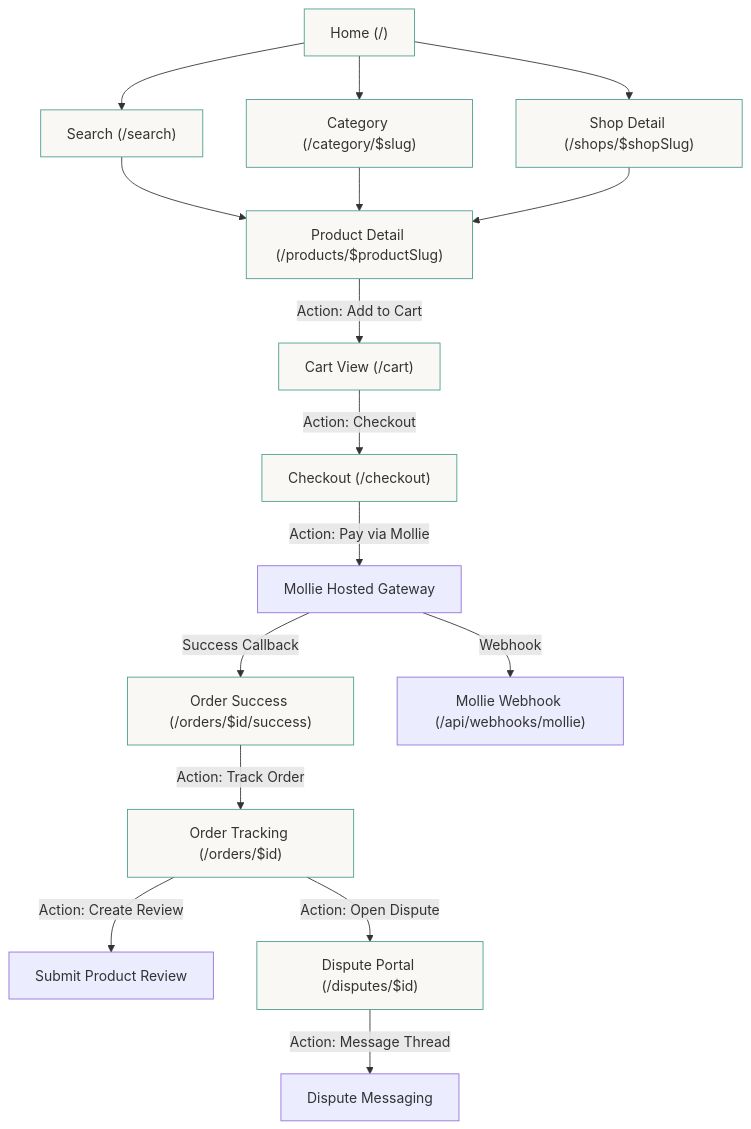
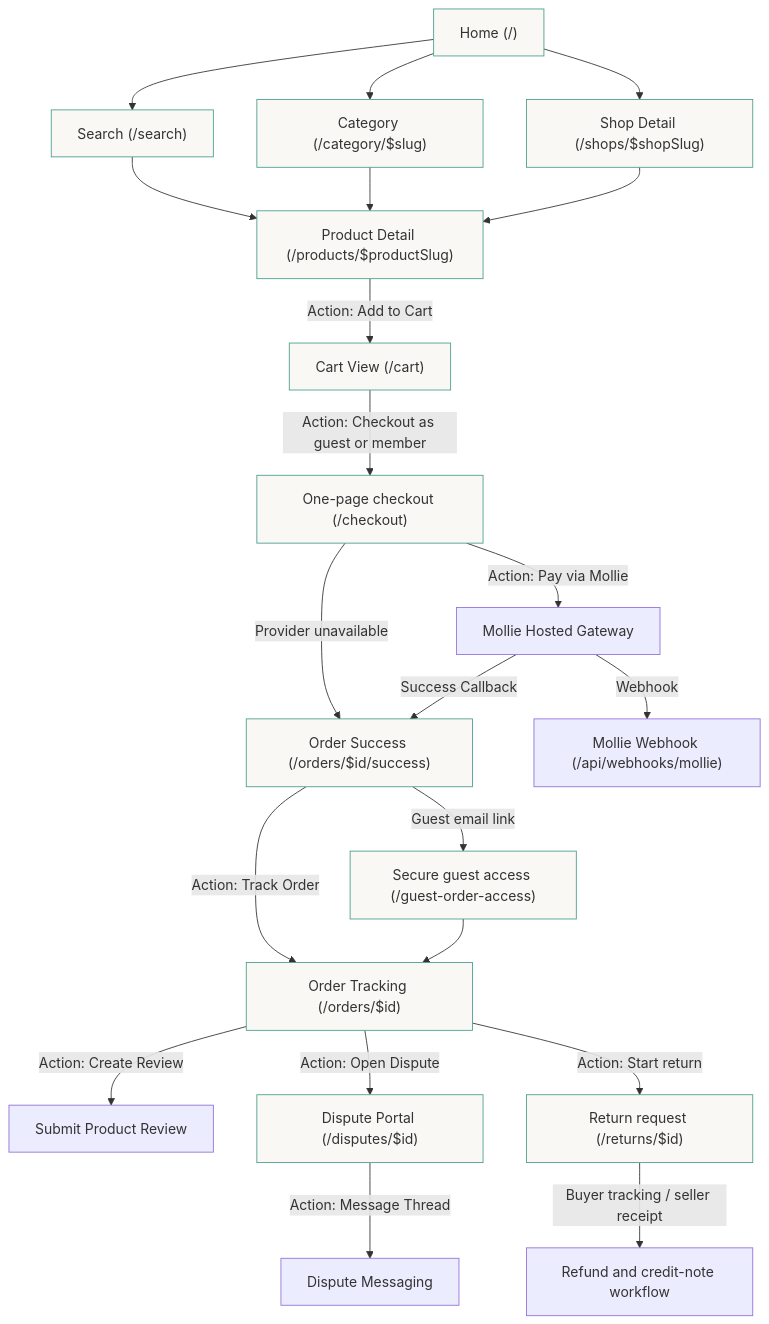
One commit to JoeriKaiser/eurtisan changed the second of 7 diagrams in docs/user_flow.md. Above: the diagram before and after it, drawn with Mermaid. The commit also changed other lines of this file and 94 other files, not shown here.

Commit message:
refactor: cart flow improvements

````diff
--- a/docs/user_flow.md
+++ b/docs/user_flow.md
@@ -33,25 +33,30 @@
 ```mermaid
 graph TD
     classDef route fill:#faf8f5,stroke:#4a9e8f,stroke-width:1px;
     
     Home["Home (/)"]:::route --> Search["Search (/search)"]:::route
     Home --> Category["Category (/category/$slug)"]:::route
     Home --> ShopFront["Shop Detail (/shops/$shopSlug)"]:::route
     
     Search --> Product["Product Detail (/products/$productSlug)"]:::route
     Category --> Product
     ShopFront --> Product
     
     Product -->|Action: Add to Cart| Cart["Cart View (/cart)"]:::route
-    Cart -->|Action: Checkout| Checkout["Checkout (/checkout)"]:::route
+    Cart -->|Action: Checkout as guest or member| Checkout["One-page checkout (/checkout)"]:::route
     Checkout -->|Action: Pay via Mollie| Payment[Mollie Hosted Gateway]
+    Checkout -->|Provider unavailable| Success
     
     Payment -->|Success Callback| Success["Order Success (/orders/$id/success)"]:::route
     Payment -->|Webhook| Webhook["Mollie Webhook (/api/webhooks/mollie)"]
     
     Success -->|Action: Track Order| OrderDetail["Order Tracking (/orders/$id)"]:::route
     OrderDetail -->|Action: Create Review| Review[Submit Product Review]
     OrderDetail -->|Action: Open Dispute| Dispute["Dispute Portal (/disputes/$id)"]:::route
+    OrderDetail -->|Action: Start return| Return["Return request (/returns/$id)"]:::route
+    Return -->|Buyer tracking / seller receipt| Refund[Refund and credit-note workflow]
+    Success -->|Guest email link| GuestAccess["Secure guest access (/guest-order-access)"]:::route
+    GuestAccess --> OrderDetail
     
     Dispute -->|Action: Message Thread| DisputeChat[Dispute Messaging]
 ```
````
